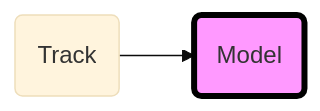
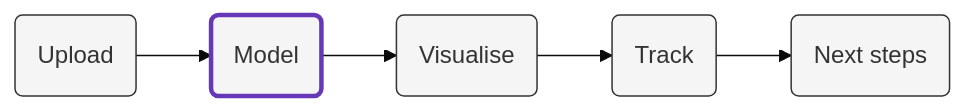
One commit to snowplow/mobile-hybrid-apps-accelerator changed the diagram in content/modeling/_index.md. Above: the diagram before and after it, drawn with Mermaid (base theme). The commit also changed other lines of this file and 22 other files, not shown here.

```diff
--- a/content/modeling/_index.md
+++ b/content/modeling/_index.md
@@ -11,5 +11,9 @@
 {{<mermaid>}}
 flowchart LR
-    id1(Track)-->id2(Model)
-    style id2 fill:#f9f,stroke:#000,stroke-width:4px
+    id1(Upload)-->id2(Model)-->id3(Visualise)-->id4(Track)-->id5(Next steps)
+    style id2 fill:#f5f5f5,stroke:#6638B8,stroke-width:3px
+    style id1 fill:#f5f5f5,stroke:#333,stroke-width:1px
+    style id4 fill:#f5f5f5,stroke:#333,stroke-width:1px
+    style id5 fill:#f5f5f5,stroke:#333,stroke-width:1px
+    style id3 fill:#f5f5f5,stroke:#333,stroke-width:1px
 {{</mermaid >}}
```
